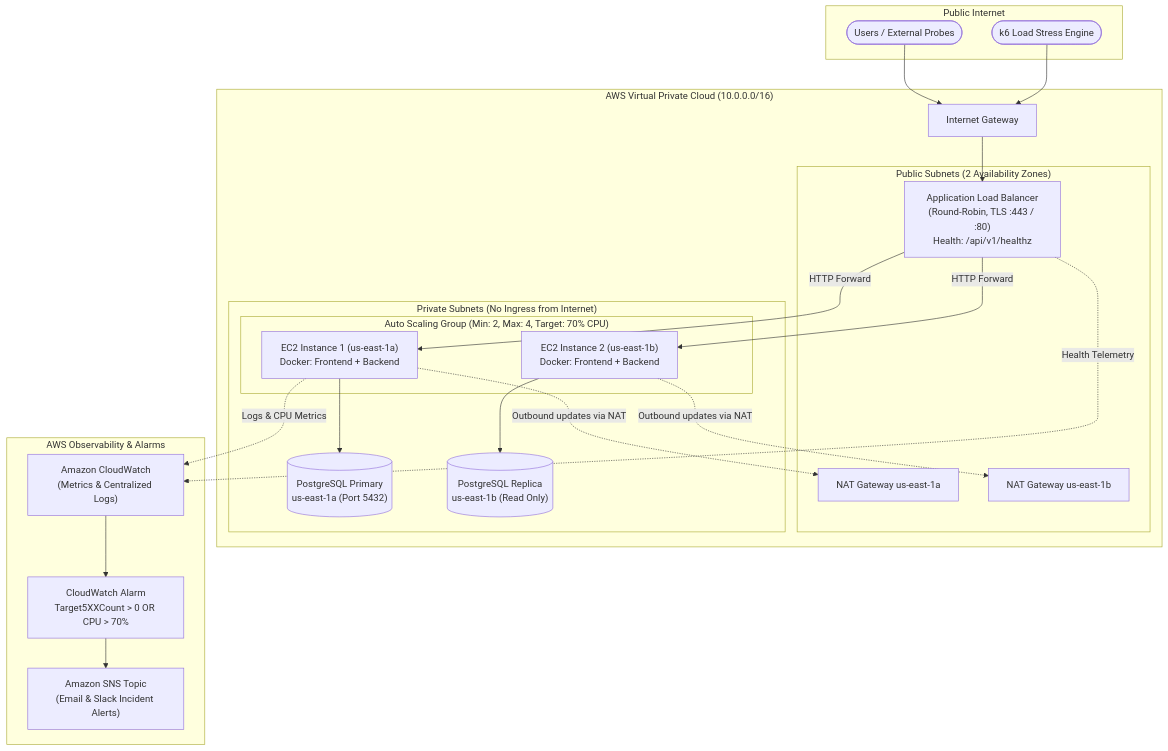
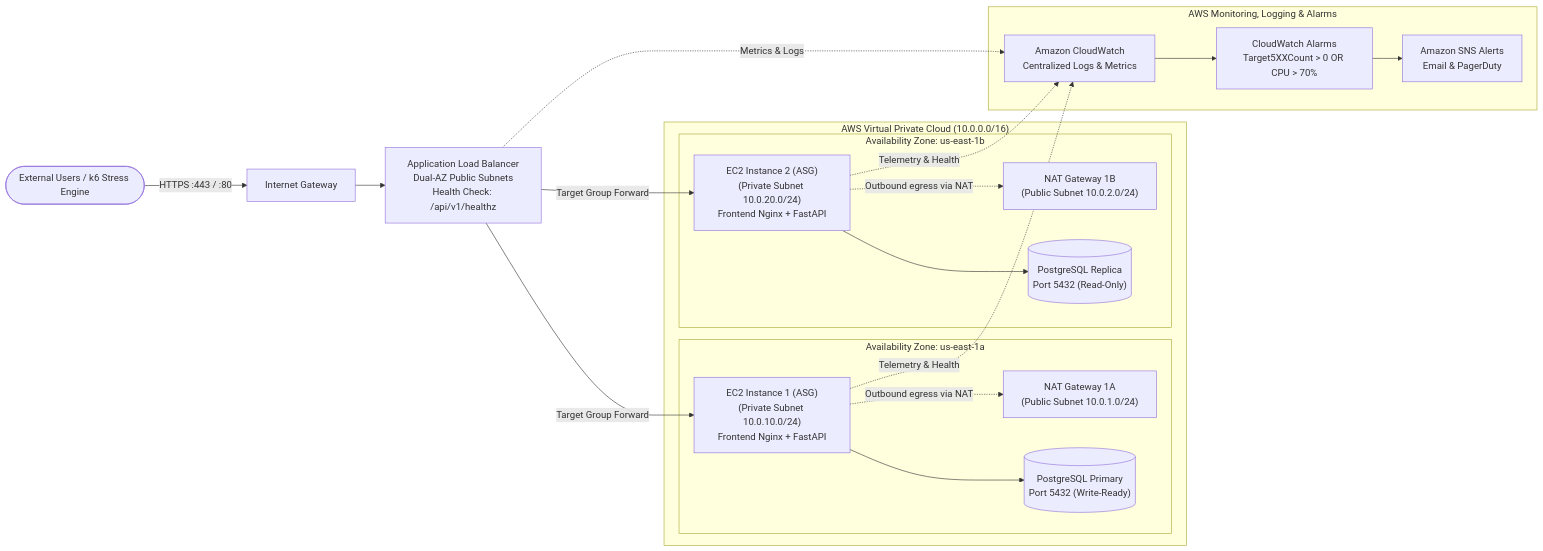
One commit to jabeen-zahra/PulseWatch changed the first of 3 diagrams in README.md. Above: the diagram before and after it, drawn with Mermaid. The commit also changed other lines of this file and 32 other files, not shown here.

````diff
--- a/README.md
+++ b/README.md
@@ -50,47 +47,38 @@
 ```mermaid
-flowchart TD
-    subgraph Internet ["Public Internet"]
-        Client(["Users / External Probes"])
-        k6(["k6 Load Stress Engine"])
-    end
-
-    subgraph AWS_VPC ["AWS Virtual Private Cloud (10.0.0.0/16)"]
-        IGW["Internet Gateway"]
-        
-        subgraph Public_Subnets ["Public Subnets (2 Availability Zones)"]
-            ALB["Application Load Balancer<br/>(Round-Robin, TLS :443 / :80)<br/>Health: /api/v1/healthz"]
-            NAT_A["NAT Gateway us-east-1a"]
-            NAT_B["NAT Gateway us-east-1b"]
+flowchart LR
+    Client(["External Users / k6 Stress Engine"]) -->|"HTTPS :443 / :80"| IGW["Internet Gateway"]
+    IGW --> ALB["Application Load Balancer<br/>Dual-AZ Public Subnets<br/>Health Check: /api/v1/healthz"]
+    
+    subgraph VPC ["AWS Virtual Private Cloud (10.0.0.0/16)"]
+        subgraph AZ_1A ["Availability Zone: us-east-1a"]
+            NAT_A["NAT Gateway 1A<br/>(Public Subnet 10.0.1.0/24)"]
+            EC2_A["EC2 Instance 1 (ASG)<br/>(Private Subnet 10.0.10.0/24)<br/>Frontend Nginx + FastAPI"]
+            DB_A[("PostgreSQL Primary<br/>Port 5432 (Write-Ready)")]
         end
 
-        subgraph Private_Subnets ["Private Subnets (No Ingress from Internet)"]
-            subgraph ASG ["Auto Scaling Group (Min: 2, Max: 4, Target: 70% CPU)"]
-                EC2_A["EC2 Instance 1 (us-east-1a)<br/>Docker: Frontend + Backend"]
-                EC2_B["EC2 Instance 2 (us-east-1b)<br/>Docker: Frontend + Backend"]
-            end
-            
-            DB_Primary[("PostgreSQL Primary<br/>us-east-1a (Port 5432)")]
-            DB_Replica[("PostgreSQL Replica<br/>us-east-1b (Read Only)")]
+        subgraph AZ_1B ["Availability Zone: us-east-1b"]
+            NAT_B["NAT Gateway 1B<br/>(Public Subnet 10.0.2.0/24)"]
+            EC2_B["EC2 Instance 2 (ASG)<br/>(Private Subnet 10.0.20.0/24)<br/>Frontend Nginx + FastAPI"]
+            DB_B[("PostgreSQL Replica<br/>Port 5432 (Read-Only)")]
         end
     end
 
-    subgraph Observability ["AWS Observability & Alarms"]
-        CW["Amazon CloudWatch<br/>(Metrics & Centralized Logs)"]
-        Alarm["CloudWatch Alarm<br/>Target5XXCount > 0 OR CPU > 70%"]
-        SNS["Amazon SNS Topic<br/>(Email & Slack Incident Alerts)"]
+    ALB -->|"Target Group Forward"| EC2_A
+    ALB -->|"Target Group Forward"| EC2_B
+    EC2_A --> DB_A
+    EC2_B --> DB_B
+    EC2_A -.->|"Outbound egress via NAT"| NAT_A
+    EC2_B -.->|"Outbound egress via NAT"| NAT_B
+
+    subgraph Observability ["AWS Monitoring, Logging & Alarms"]
+        CW["Amazon CloudWatch<br/>Centralized Logs & Metrics"]
+        Alarm["CloudWatch Alarms<br/>Target5XXCount > 0 OR CPU > 70%"]
+        SNS["Amazon SNS Alerts<br/>Email & PagerDuty"]
     end
 
-    Client --> IGW
-    k6 --> IGW
-    IGW --> ALB
-    ALB -->|"HTTP Forward"| EC2_A
-    ALB -->|"HTTP Forward"| EC2_B
-    EC2_A --> DB_Primary
-    EC2_B --> DB_Replica
-    EC2_A -.->|"Outbound updates via NAT"| NAT_A
-    EC2_B -.->|"Outbound updates via NAT"| NAT_B
-    ALB -.->|"Health Telemetry"| CW
-    EC2_A -.->|"Logs & CPU Metrics"| CW
+    ALB -.->|"Metrics & Logs"| CW
+    EC2_A -.->|"Telemetry & Health"| CW
+    EC2_B -.->|"Telemetry & Health"| CW
     CW --> Alarm
     Alarm --> SNS
 ```
````
